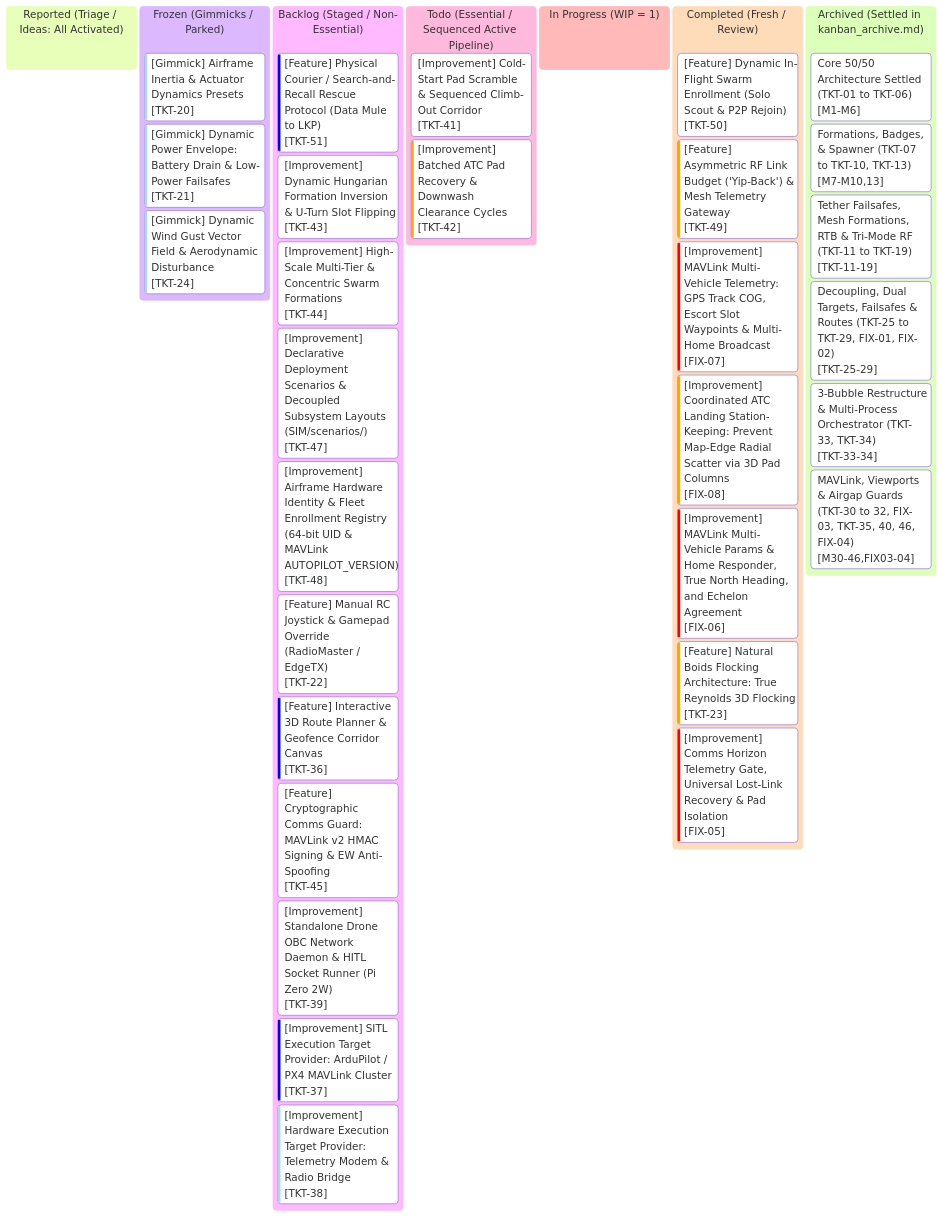
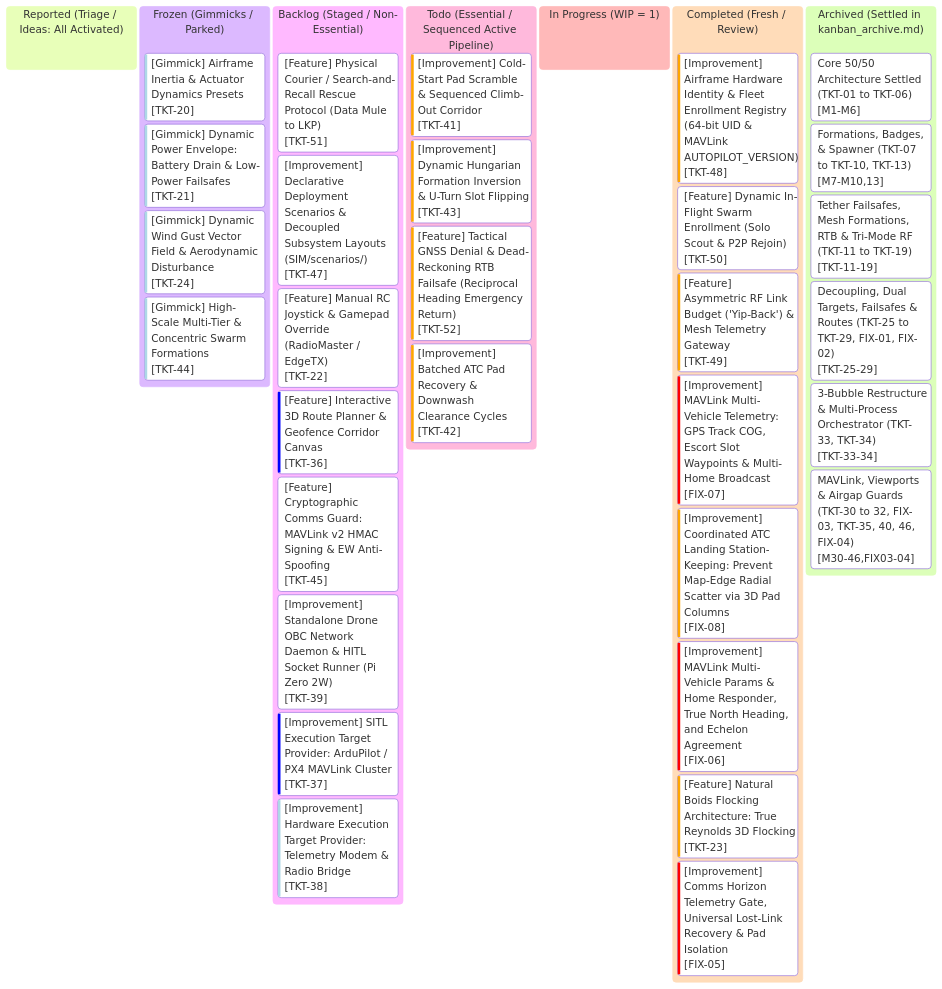
One commit to AlitheiaDeus/SwarmTech_v3-Uprising changed the diagram in kanban.md. Above: the diagram before and after it, drawn with Mermaid. The commit also changed other lines of this file and 9 other files, not shown here.

Commit message:
feat(fleet): implement airframe hardware identity and fleet enrollment registry [TKT-48]

````diff
--- a/kanban.md
+++ b/kanban.md
@@ -10,59 +10,60 @@
 ```mermaid
 %%{init: {
   'theme': 'base',
   'themeVariables': {
     'primaryColor': '#0d2235',
     'primaryTextColor': '#d4f4ff',
     'primaryBorderColor': '#00f0ff',
     'lineColor': '#00f0ff',
     'background': '#061019',
     'mainBkg': '#0a1926',
     'secondaryColor': '#081420',
     'secondaryTextColor': '#5a7e96',
     'secondaryBorderColor': '#134e6f',
     'tertiaryColor': '#0e263d',
     'tertiaryTextColor': '#00ffaa',
     'tertiaryBorderColor': '#00ffaa',
     'clusterBkg': '#081420',
     'clusterBorder': '#134e6f',
     'fontFamily': "'JetBrains Mono', 'Courier New', monospace"
   }
 }}%%
 kanban
   reported["Reported (Triage / Ideas: All Activated)"]
   frozen["Frozen (Gimmicks / Parked)"]
     tkt20["[Gimmick] Airframe Inertia & Actuator Dynamics Presets"]@{ ticket: '[TKT-20]', priority: 'Very Low' }
     tkt21["[Gimmick] Dynamic Power Envelope: Battery Drain & Low-Power Failsafes"]@{ ticket: '[TKT-21]', priority: 'Very Low' }
     tkt24["[Gimmick] Dynamic Wind Gust Vector Field & Aerodynamic Disturbance"]@{ ticket: '[TKT-24]', priority: 'Very Low' }
+    tkt44["[Gimmick] High-Scale Multi-Tier & Concentric Swarm Formations"]@{ ticket: '[TKT-44]', priority: 'Very Low' }
   backlog["Backlog (Staged / Non-Essential)"]
-    tkt51["[Feature] Physical Courier / Search-and-Recall Rescue Protocol (Data Mule to LKP)"]@{ ticket: '[TKT-51]', priority: 'Low' }
-    tkt43["[Improvement] Dynamic Hungarian Formation Inversion & U-Turn Slot Flipping"]@{ ticket: '[TKT-43]', priority: 'Medium' }
-    tkt44["[Improvement] High-Scale Multi-Tier & Concentric Swarm Formations"]@{ ticket: '[TKT-44]', priority: 'Medium' }
+    tkt51["[Feature] Physical Courier / Search-and-Recall Rescue Protocol (Data Mule to LKP)"]@{ ticket: '[TKT-51]', priority: 'Medium' }
     tkt47["[Improvement] Declarative Deployment Scenarios & Decoupled Subsystem Layouts (SIM/scenarios/)"]@{ ticket: '[TKT-47]', priority: 'Medium' }
-    tkt48["[Improvement] Airframe Hardware Identity & Fleet Enrollment Registry (64-bit UID & MAVLink AUTOPILOT_VERSION)"]@{ ticket: '[TKT-48]', priority: 'Medium' }
     tkt22["[Feature] Manual RC Joystick & Gamepad Override (RadioMaster / EdgeTX)"]@{ ticket: '[TKT-22]', priority: 'Medium' }
     tkt36["[Feature] Interactive 3D Route Planner & Geofence Corridor Canvas"]@{ ticket: '[TKT-36]', priority: 'Low' }
     tkt45["[Feature] Cryptographic Comms Guard: MAVLink v2 HMAC Signing & EW Anti-Spoofing"]@{ ticket: '[TKT-45]', priority: 'Medium' }
     tkt39["[Improvement] Standalone Drone OBC Network Daemon & HITL Socket Runner (Pi Zero 2W)"]@{ ticket: '[TKT-39]', priority: 'Medium' }
     tkt37["[Improvement] SITL Execution Target Provider: ArduPilot / PX4 MAVLink Cluster"]@{ ticket: '[TKT-37]', priority: 'Low' }
     tkt38["[Improvement] Hardware Execution Target Provider: Telemetry Modem & Radio Bridge"]@{ ticket: '[TKT-38]', priority: 'Very Low' }
   todo["Todo (Essential / Sequenced Active Pipeline)"]
-    tkt41["[Improvement] Cold-Start Pad Scramble & Sequenced Climb-Out Corridor"]@{ ticket: '[TKT-41]', priority: 'Medium' }
+    tkt41["[Improvement] Cold-Start Pad Scramble & Sequenced Climb-Out Corridor"]@{ ticket: '[TKT-41]', priority: 'High' }
+    tkt43["[Improvement] Dynamic Hungarian Formation Inversion & U-Turn Slot Flipping"]@{ ticket: '[TKT-43]', priority: 'High' }
+    tkt52["[Feature] Tactical GNSS Denial & Dead-Reckoning RTB Failsafe (Reciprocal Heading Emergency Return)"]@{ ticket: '[TKT-52]', priority: 'High' }
     tkt42["[Improvement] Batched ATC Pad Recovery & Downwash Clearance Cycles"]@{ ticket: '[TKT-42]', priority: 'High' }
   in_progress["In Progress (WIP = 1)"]
   completed["Completed (Fresh / Review)"]
+    tkt48["[Improvement] Airframe Hardware Identity & Fleet Enrollment Registry (64-bit UID & MAVLink AUTOPILOT_VERSION)"]@{ ticket: '[TKT-48]', priority: 'High' }
     tkt50["[Feature] Dynamic In-Flight Swarm Enrollment (Solo Scout & P2P Rejoin)"]@{ ticket: '[TKT-50]', priority: 'Medium' }
     tkt49["[Feature] Asymmetric RF Link Budget ('Yip-Back') & Mesh Telemetry Gateway"]@{ ticket: '[TKT-49]', priority: 'High' }
     fix07["[Improvement] MAVLink Multi-Vehicle Telemetry: GPS Track COG, Escort Slot Waypoints & Multi-Home Broadcast"]@{ ticket: '[FIX-07]', priority: 'Very High' }
     fix08["[Improvement] Coordinated ATC Landing Station-Keeping: Prevent Map-Edge Radial Scatter via 3D Pad Columns"]@{ ticket: '[FIX-08]', priority: 'High' }
     fix06["[Improvement] MAVLink Multi-Vehicle Params & Home Responder, True North Heading, and Echelon Agreement"]@{ ticket: '[FIX-06]', priority: 'Very High' }
     tkt23["[Feature] Natural Boids Flocking Architecture: True Reynolds 3D Flocking"]@{ ticket: '[TKT-23]', priority: 'High' }
     fix05["[Improvement] Comms Horizon Telemetry Gate, Universal Lost-Link Recovery & Pad Isolation"]@{ ticket: '[FIX-05]', priority: 'Very High' }
   archived["Archived (Settled in kanban_archive.md)"]
     arch_m1_6["Core 50/50 Architecture Settled (TKT-01 to TKT-06)"]@{ ticket: '[M1-M6]' }
     arch_m7_10_13["Formations, Badges, & Spawner (TKT-07 to TKT-10, TKT-13)"]@{ ticket: '[M7-M10,13]' }
     arch_m11_19["Tether Failsafes, Mesh Formations, RTB & Tri-Mode RF (TKT-11 to TKT-19)"]@{ ticket: '[TKT-11-19]' }
     arch_m25_29["Decoupling, Dual Targets, Failsafes & Routes (TKT-25 to TKT-29, FIX-01, FIX-02)"]@{ ticket: '[TKT-25-29]' }
     arch_m33_34["3-Bubble Restructure & Multi-Process Orchestrator (TKT-33, TKT-34)"]@{ ticket: '[TKT-33-34]' }
     arch_m30_46_fix03_04["MAVLink, Viewports & Airgap Guards (TKT-30 to 32, FIX-03, TKT-35, 40, 46, FIX-04)"]@{ ticket: '[M30-46,FIX03-04]' }
 ```
````
